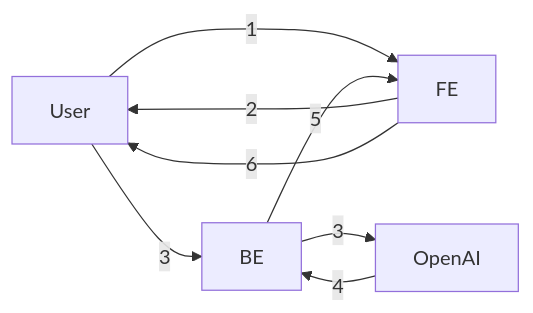
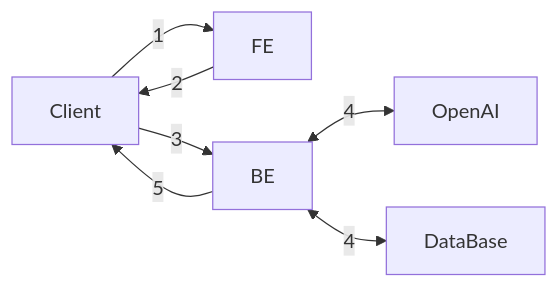
One commit to ChoiWheatley/ChoiWheatley.github.io changed the diagram in docs/3차 프로젝트, ChatGPT를 이용한 챗봇 애플리케이션 - estsoft {Django, DRF}.md. Above: the diagram before and after it, drawn with Mermaid. The commit also changed other lines of this file, not shown here.

Commit message:
vault backup: 2023-07-26T11:59:18

````diff
--- a/docs/3차 프로젝트, ChatGPT를 이용한 챗봇 애플리케이션 - estsoft {Django, DRF}.md
+++ b/docs/3차 프로젝트, ChatGPT를 이용한 챗봇 애플리케이션 - estsoft {Django, DRF}.md
@@ -35,15 +35,15 @@
 ```mermaid
 flowchart LR
-	id1[User]
+	id1[Client]
 	id2[FE]
 	id3[BE]
 	id4[OpenAI]
+	id5[DataBase]
 
 	id1 -- 1 --> id2
 	id2 -- 2 --> id1
 	id1 -- 3 --> id3
-	id3 -- 3 --> id4
-	id4 -- 4 --> id3
-	id3 -- 5 --> id2
-	id2 -- 6 --> id1
+	id3 <-- 4 --> id4
+	id3 <-- 4 --> id5
+	id3 -- 5 --> id1
 ```
````
